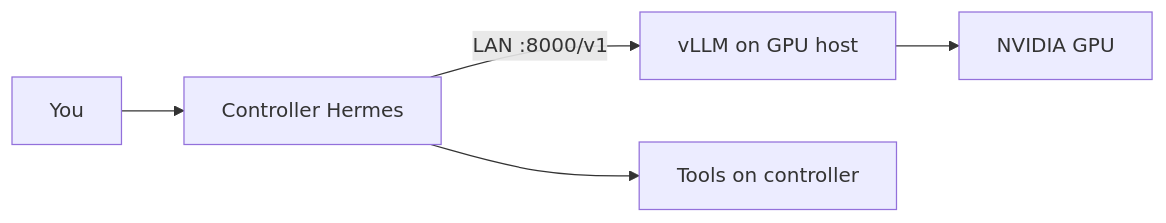
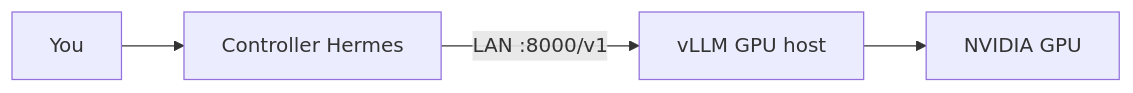
The second of 2 diagrams in README.md (DataKnifeAI/enodios), drawn with Mermaid before and after one commit. The commit also changed other lines of this file and 2 other files, not shown here.

````diff
--- a/README.md
+++ b/README.md
@@ -554,7 +82,6 @@
 ```mermaid
 flowchart LR
   U[You] --> C[Controller Hermes]
-  C -->|LAN :8000/v1| V[vLLM on GPU host]
+  C -->|LAN :8000/v1| V[vLLM GPU host]
   V --> G[NVIDIA GPU]
-  C --> T[Tools on controller]
 ```
````
